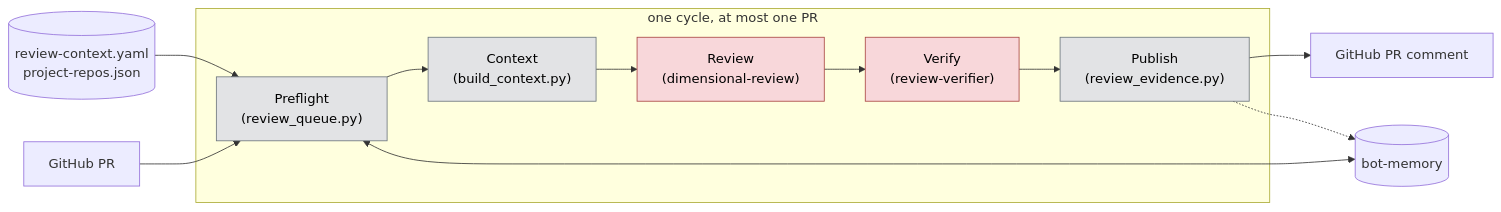
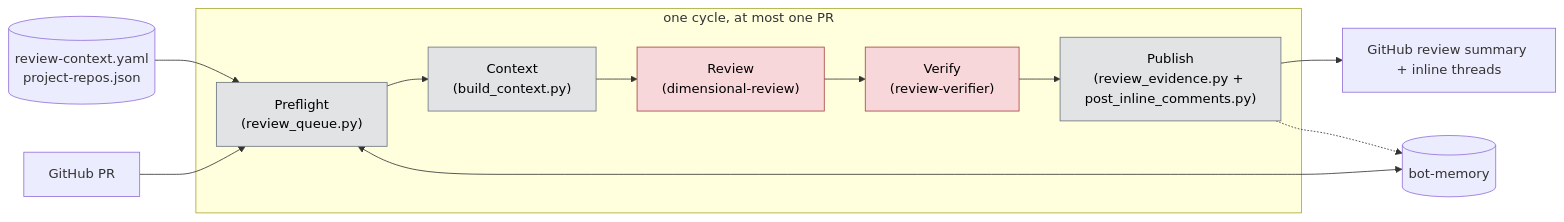
Before and after one commit to Hyperkid123/fabric-access-ai-dev: the first of 4 diagrams in instance/rbac-config-review/agent/workflows/review-only/WORKFLOW.md, drawn with Mermaid. The commit also changed other lines of this file and 4 other files, not shown here.

````diff
--- a/instance/rbac-config-review/agent/workflows/review-only/WORKFLOW.md
+++ b/instance/rbac-config-review/agent/workflows/review-only/WORKFLOW.md
@@ -12,19 +13,19 @@
 ```mermaid
 flowchart LR
     Config[("review-context.yaml<br/>project-repos.json")] --> A
     GH1["GitHub PR"] --> A
     Memory[("bot-memory")] <--> A
     subgraph Cycle["one cycle, at most one PR"]
         A["Preflight<br/>(review_queue.py)"] --> B["Context<br/>(build_context.py)"]
         B --> C["Review<br/>(dimensional-review)"]
         C --> D["Verify<br/>(review-verifier)"]
-        D --> E["Publish<br/>(review_evidence.py)"]
+        D --> E["Publish<br/>(review_evidence.py + post_inline_comments.py)"]
     end
-    E --> GH2["GitHub PR comment"]
+    E --> GH2["GitHub review summary + inline threads"]
     E -.-> Memory
 
     classDef script fill:#e2e3e5,stroke:#6c757d,color:#000;
     classDef ai fill:#f8d7da,stroke:#a94442,color:#000;
     class A,B,E script;
     class C,D ai;
 ```
````
